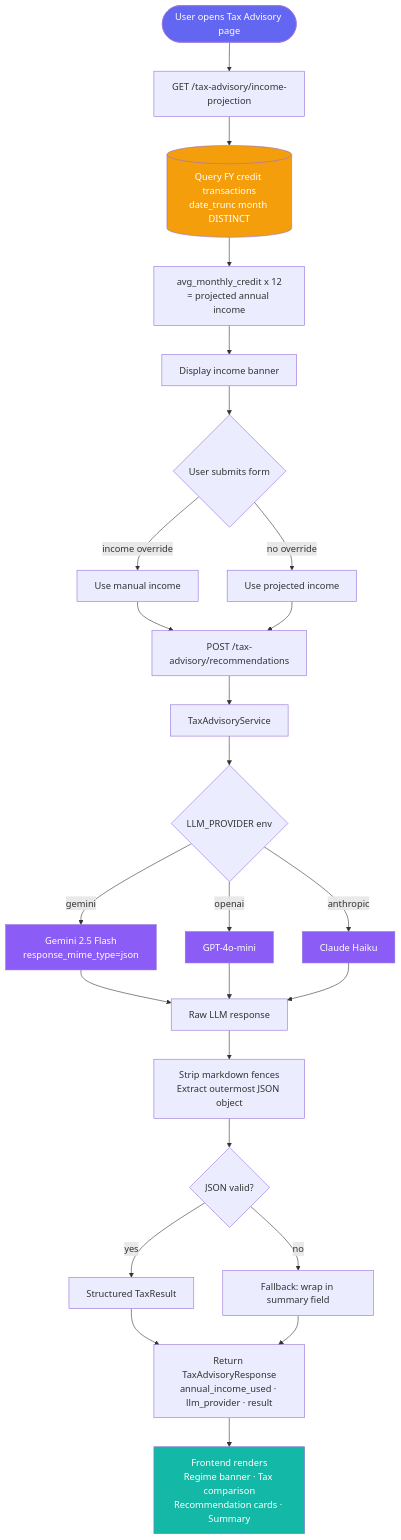
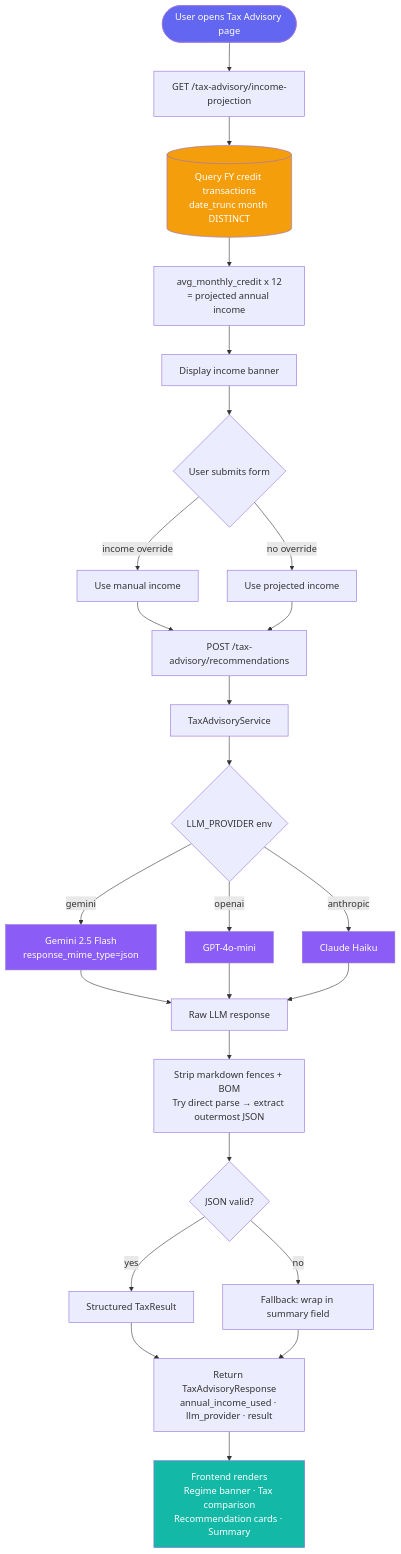
Before and after one commit to ragavendran-r/finance-saas: the fourth of 5 diagrams in docs/architecture.md, drawn with Mermaid. The commit also changed other lines of this file and 1 other file, not shown here.

First line of the commit message:
docs: update README and architecture diagram for spend advisory and perf changes

````diff
--- a/docs/architecture.md
+++ b/docs/architecture.md
@@ -274,42 +280,42 @@
 ```mermaid
 flowchart TD
     A([User opens Tax Advisory page]) --> B[GET /tax-advisory/income-projection]
     B --> C[(Query FY credit transactions<br/>date_trunc month DISTINCT)]
     C --> D[avg_monthly_credit x 12<br/>= projected annual income]
     D --> E[Display income banner]
 
     E --> F{User submits form}
     F -->|income override| G[Use manual income]
     F -->|no override| H[Use projected income]
 
     G --> I[POST /tax-advisory/recommendations]
     H --> I
 
     I --> J[TaxAdvisoryService]
     J --> K{LLM_PROVIDER env}
 
     K -->|gemini| L1[Gemini 2.5 Flash<br/>response_mime_type=json]
     K -->|openai| L2[GPT-4o-mini]
     K -->|anthropic| L3[Claude Haiku]
 
     L1 --> M[Raw LLM response]
     L2 --> M
     L3 --> M
 
-    M --> N[Strip markdown fences<br/>Extract outermost JSON object]
+    M --> N[Strip markdown fences + BOM<br/>Try direct parse → extract outermost JSON]
     N --> O{JSON valid?}
     O -->|yes| P[Structured TaxResult]
     O -->|no| Q[Fallback: wrap in summary field]
 
     P --> R[Return TaxAdvisoryResponse<br/>annual_income_used · llm_provider · result]
     Q --> R
 
     R --> S[Frontend renders<br/>Regime banner · Tax comparison<br/>Recommendation cards · Summary]
 
     style A fill:#6366f1,color:#fff
     style S fill:#14b8a6,color:#fff
     style L1 fill:#8b5cf6,color:#fff
     style L2 fill:#8b5cf6,color:#fff
     style L3 fill:#8b5cf6,color:#fff
     style C fill:#f59e0b,color:#fff
 ```
````
